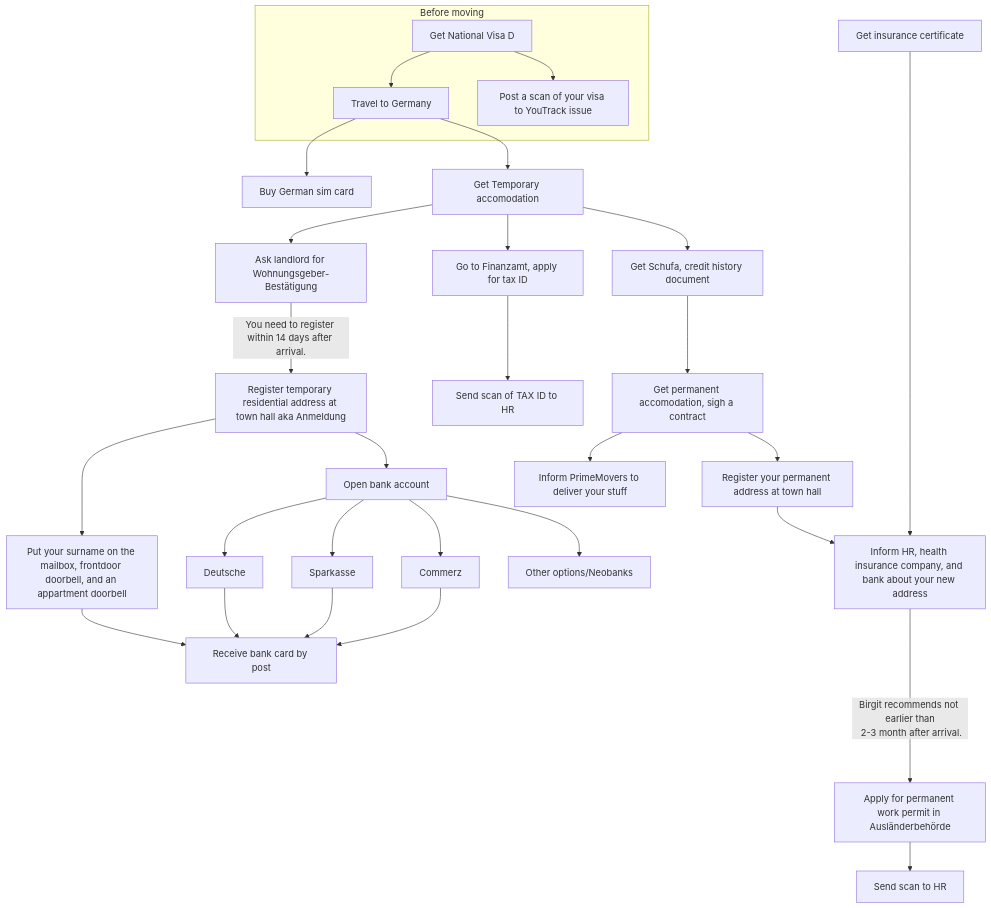
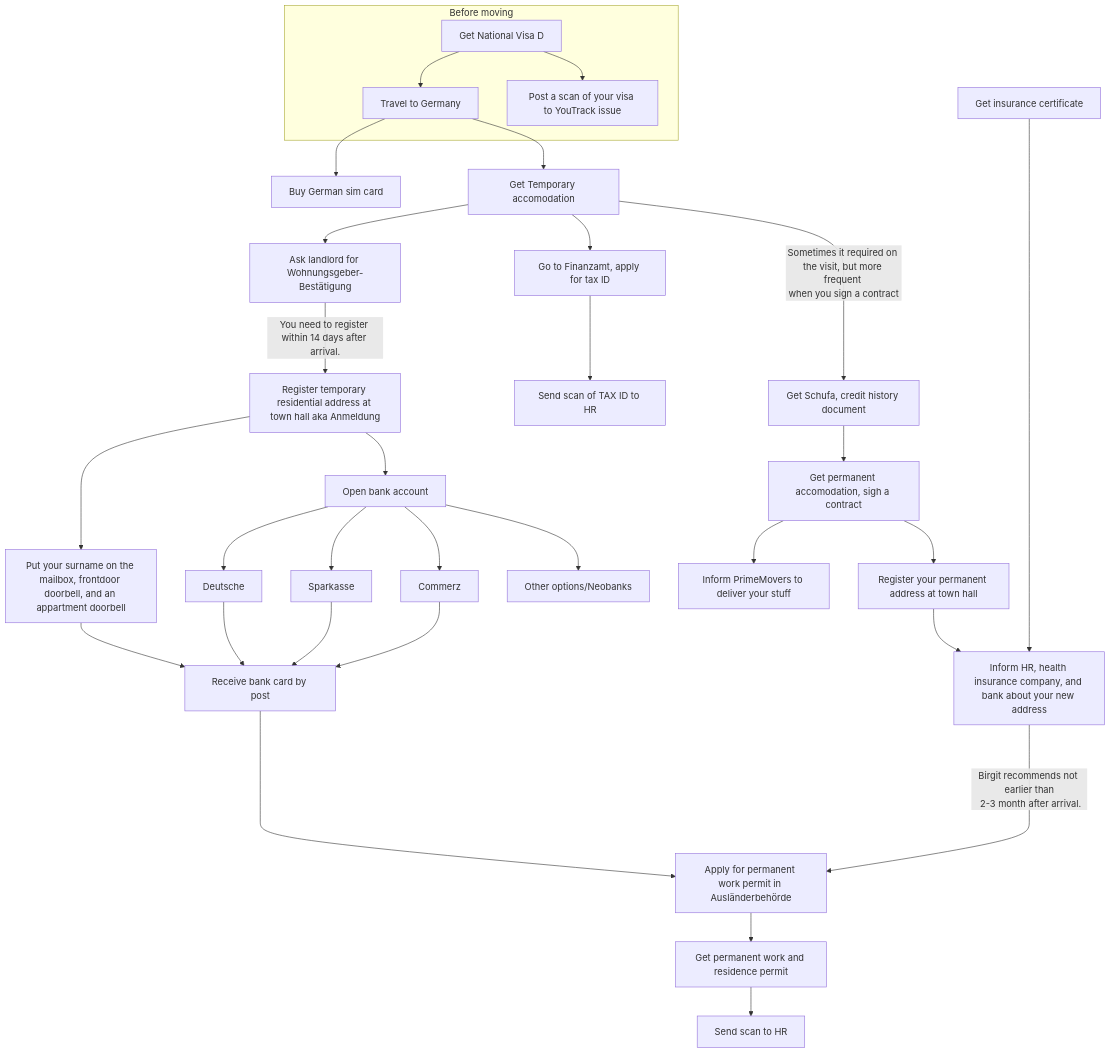
Before and after one commit to lananovikova10/howtoberlin: the diagram in sequence-of-steps.md, drawn with Mermaid.

Commit message:
add schufa md

````diff
--- a/sequence-of-steps.md
+++ b/sequence-of-steps.md
@@ -3,29 +3,31 @@
 ```mermaid
 graph TB
     subgraph Before moving
     A[Get National Visa D] --> U[Travel to Germany]
     A --> R[Post a scan of your visa to YouTrack issue]
     end
     U --> P[Buy German sim card]
     U --> B[Get Temporary accomodation]
     B --> O[Ask landlord for Wohnungsgeber-Bestätigung]
     Q[Get insurance certificate] -------> L
     O --> |You need to register within 14 days after arrival.| W[Register temporary residential address at town hall aka Anmeldung]
     B --> G[Go to Finanzamt, apply for tax ID]
     W --> X[Put your surname on the mailbox, frontdoor doorbell, and an appartment doorbell]
     W --> C[Open bank account]
     C --> D[Deutsche]
     C --> E[Sparkasse]
     C --> F[Commerz]
     C --> V[Other options/Neobanks]
     D & E & F --> Y[Receive bank card by post]
     X --> Y
     G --> H[Send scan of TAX ID to HR]
-    B --> Z[Get Schufa, credit history document] 
+    B --> |Sometimes it required on the visit, but more frequent <br/>when you sign a contract|Z[Get Schufa, credit history document] 
     Z --> J[Get permanent accomodation, sigh a contract]
     J --> I[Inform PrimeMovers to deliver your stuff]
     J --> K[Register your permanent address at town hall]
     K --> L[Inform HR, health insurance company, and bank about your new address]
     L ----> |Birgit recommends not earlier than<br/> 2-3 month after arrival.| M[Apply for permanent work permit in Ausländerbehörde]
-    M --> N[Send scan to HR]
+    M --> T[Get permanent work and residence permit]
+    T --> N[Send scan to HR]
+    Y ----> M
 ```
````
